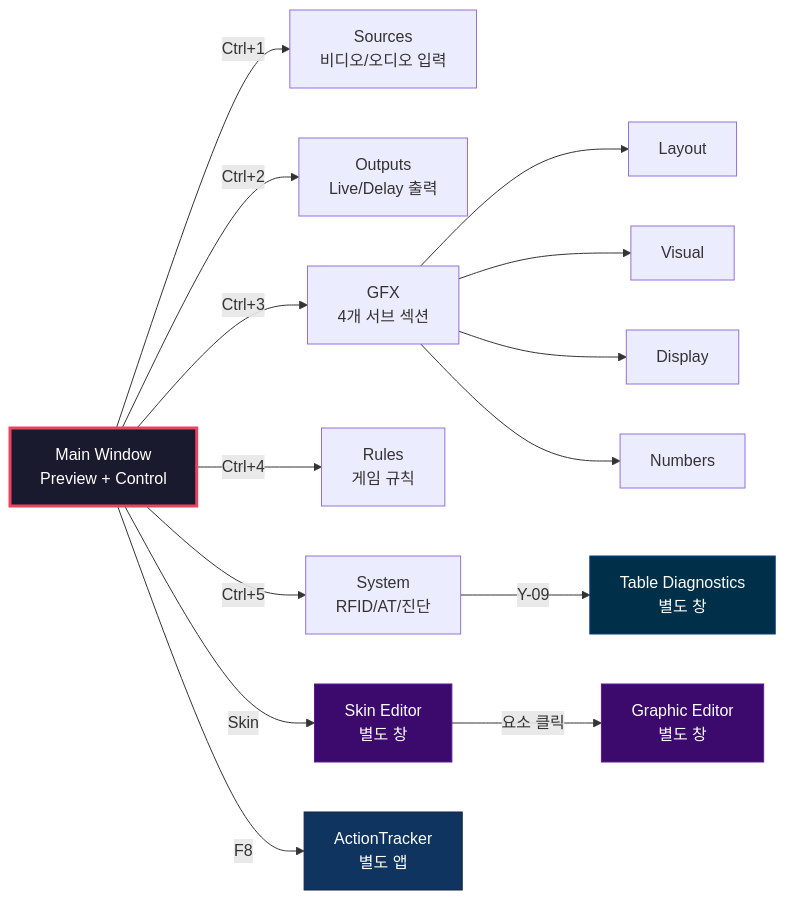
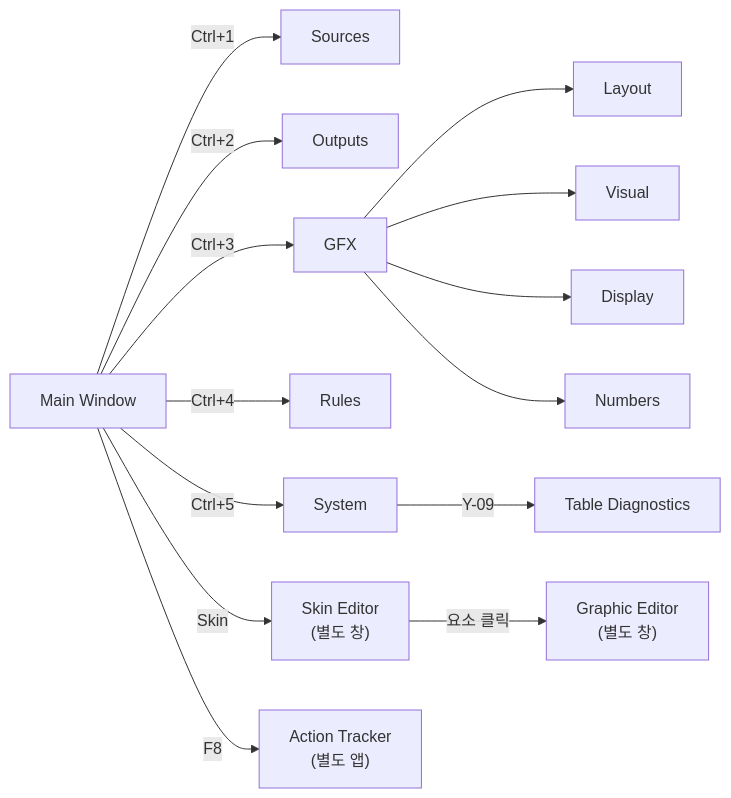
Before and after one commit to garimto81/ebs: the eighth of 13 diagrams in docs/01_PokerGFX_Analysis/PRD-0004-EBS-Server-UI-Design.md, drawn with Mermaid. The commit also changed other lines of this file and 1 other file, not shown here.

First line of the commit message:
docs(prd-0004): Secure Delay, Split Recording, Tag Player 제거 및 UI 설계 강화 📝

````diff
--- a/docs/01_PokerGFX_Analysis/PRD-0004-EBS-Server-UI-Design.md
+++ b/docs/01_PokerGFX_Analysis/PRD-0004-EBS-Server-UI-Design.md
@@ -106,23 +134,13 @@
 ```mermaid
 flowchart LR
-    MW["Main Window<br/>Preview + Control"]
-
-    MW -->|"Ctrl+1"| SRC["Sources<br/>비디오/오디오 입력"]
-    MW -->|"Ctrl+2"| OUT["Outputs<br/>Live/Delay 출력"]
-    MW -->|"Ctrl+3"| GFX["GFX<br/>4개 서브 섹션"]
-    MW -->|"Ctrl+4"| RUL["Rules<br/>게임 규칙"]
-    MW -->|"Ctrl+5"| SYS["System<br/>RFID/AT/진단"]
-
+    MW["Main Window"] -->|"Ctrl+1"| SRC["Sources"]
+    MW -->|"Ctrl+2"| OUT["Outputs"]
+    MW -->|"Ctrl+3"| GFX["GFX"]
     GFX --> LAY["Layout"] & VIS["Visual"] & DIS["Display"] & NUM["Numbers"]
-
-    MW -->|"Skin"| SKE["Skin Editor<br/>별도 창"]
-    SKE -->|"요소 클릭"| GRE["Graphic Editor<br/>별도 창"]
-    SYS -->|"Y-09"| TDG["Table Diagnostics<br/>별도 창"]
-    MW -->|"F8"| AT["ActionTracker<br/>별도 앱"]
-
-    style MW fill:#1a1a2e,stroke:#e94560,stroke-width:3px,color:#fff
-    style SKE fill:#3c096c,stroke:#5a189a,color:#fff
-    style GRE fill:#3c096c,stroke:#5a189a,color:#fff
-    style TDG fill:#003049,stroke:#023e8a,color:#fff
-    style AT fill:#0f3460,stroke:#16213e,color:#fff
+    MW -->|"Ctrl+4"| RUL["Rules"]
+    MW -->|"Ctrl+5"| SYS["System"]
+    SYS -->|"Y-09"| TDG["Table Diagnostics"]
+    MW -->|"Skin"| SKE["Skin Editor<br/>(별도 창)"]
+    SKE -->|"요소 클릭"| GRE["Graphic Editor<br/>(별도 창)"]
+    MW -->|"F8"| AT["Action Tracker<br/>(별도 앱)"]
 ```
````
